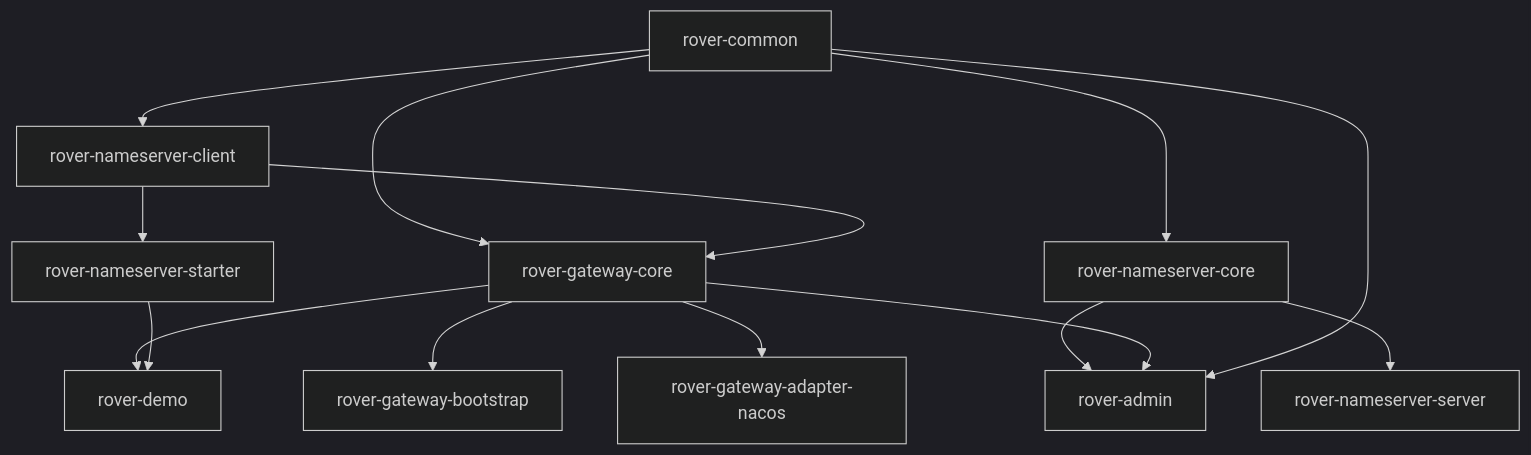
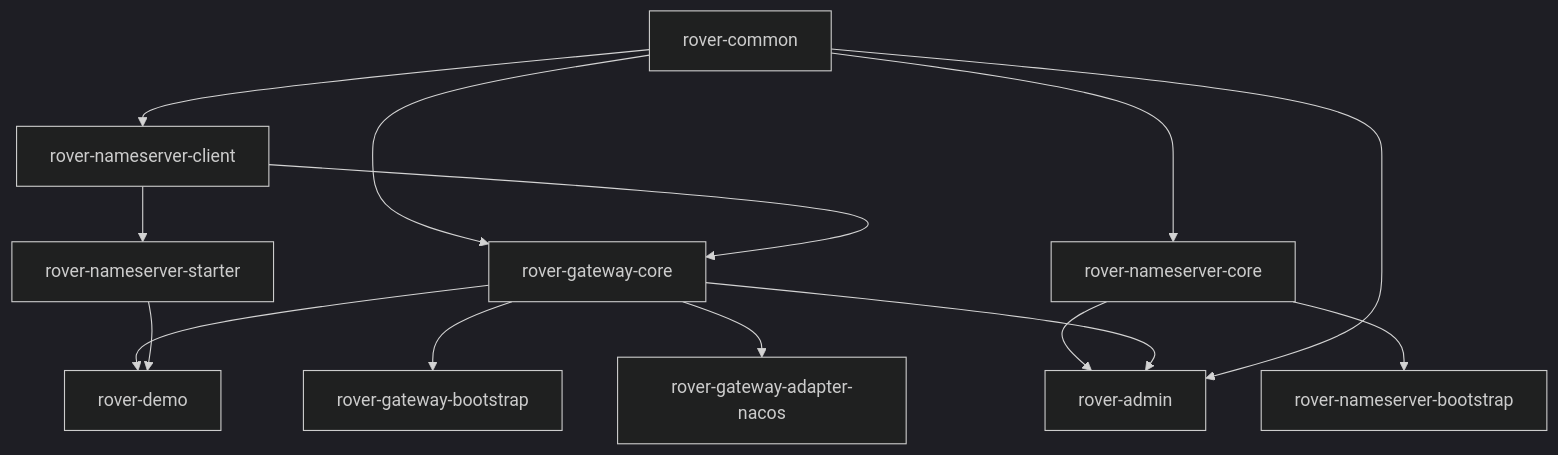
One commit to zzl-qz/Rover-Suite changed the second of 2 diagrams in docs-public/architecture.md. Above: the diagram before and after it, drawn with Mermaid (dark theme). The commit also changed 211 other files, not shown here.

````diff
--- a/docs-public/architecture.md
+++ b/docs-public/architecture.md
@@ -54,19 +54,19 @@
 ```mermaid
 flowchart TB
     CM[rover-common]
 
     CM --> NC[rover-nameserver-client]
     CM --> NK[rover-nameserver-core]
     CM --> GC[rover-gateway-core]
 
     NC --> ST[rover-nameserver-starter]
     NC --> GC
-    NK --> NS[rover-nameserver-server]
+    NK --> NS[rover-nameserver-bootstrap]
     NK --> AD[rover-admin]
     GC --> GB[rover-gateway-bootstrap]
     GC --> NA[rover-gateway-adapter-nacos]
     GC --> AD
     GC --> DM[rover-demo]
     ST --> DM
     CM --> AD
 ```
````
